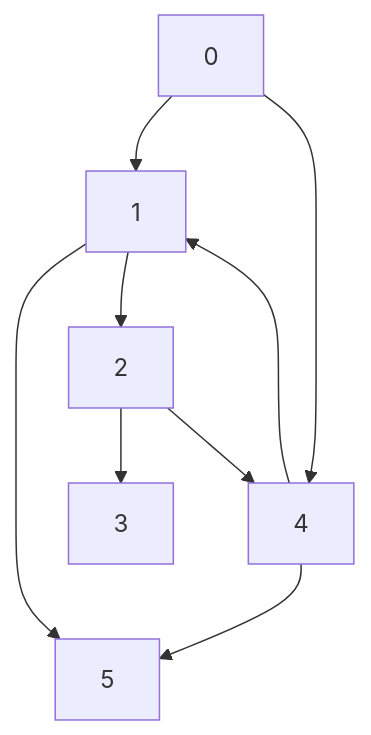
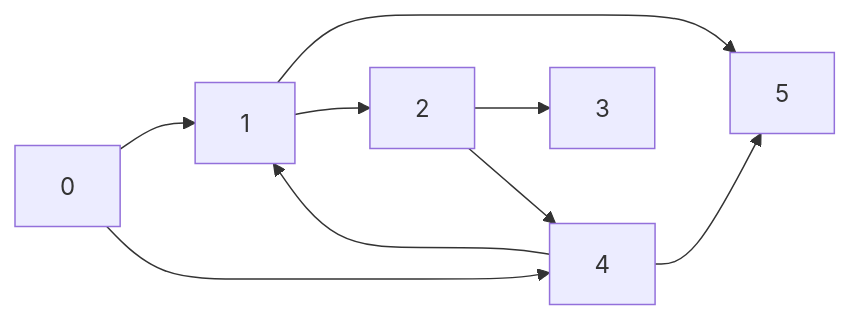
Before and after one commit to isaamrat/CSE220-Data-Structure-Materials: the second of 3 diagrams in Graph/java/readme.md, drawn with Mermaid. The commit also changed other lines of this file, not shown here.

````diff
--- a/Graph/java/readme.md
+++ b/Graph/java/readme.md
@@ -16,11 +16,11 @@
 ```mermaid
-graph TD;
+graph LR;
     0 --> 1;
     0 --> 4;
     1 --> 5;
     2 --> 3;
     2 --> 4;
     4 --> 5;
     1 --> 2;
     4 --> 1;
 ```
````
